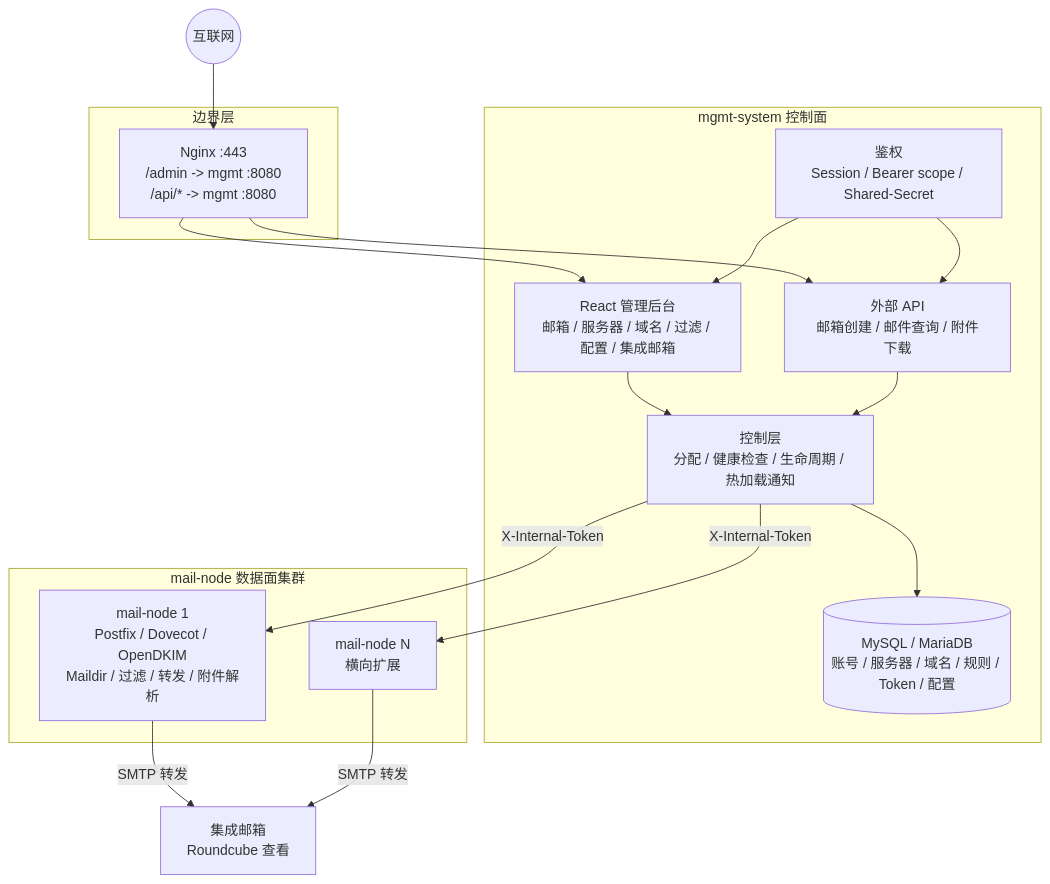
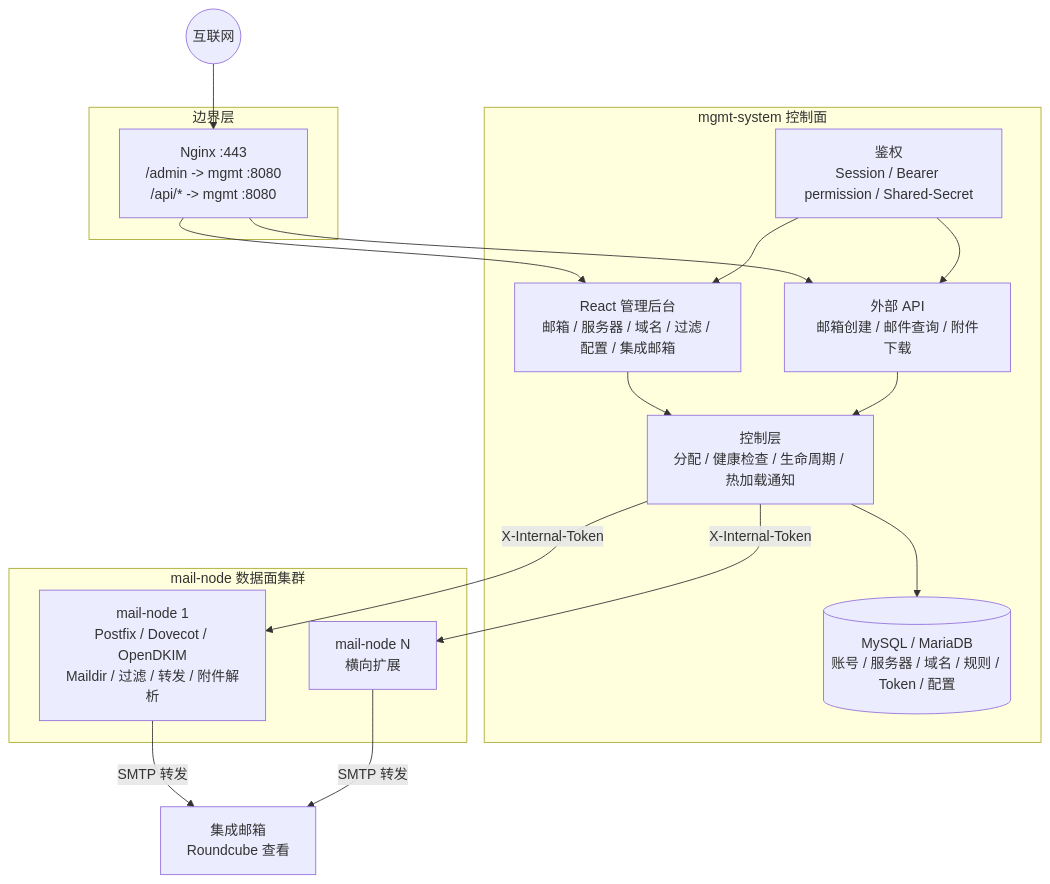
One commit to snowflake-yezi/MailHub changed the diagram in README.md. Above: the diagram before and after it, drawn with Mermaid. The commit also changed other lines of this file and 30 other files, not shown here.

````diff
--- a/README.md
+++ b/README.md
@@ -33,36 +33,36 @@
 ```mermaid
 flowchart TB
     internet((互联网))
 
     subgraph edge["边界层"]
         nginx["Nginx :443<br/>/admin -> mgmt :8080<br/>/api/* -> mgmt :8080"]
     end
 
     subgraph mgmt["mgmt-system 控制面"]
         web["React 管理后台<br/>邮箱 / 服务器 / 域名 / 过滤 / 配置 / 集成邮箱"]
         api["外部 API<br/>邮箱创建 / 邮件查询 / 附件下载"]
         control["控制层<br/>分配 / 健康检查 / 生命周期 / 热加载通知"]
-        auth["鉴权<br/>Session / Bearer scope / Shared-Secret"]
+        auth["鉴权<br/>Session / Bearer permission / Shared-Secret"]
         db[("MySQL / MariaDB<br/>账号 / 服务器 / 域名 / 规则 / Token / 配置")]
     end
 
     subgraph nodes["mail-node 数据面集群"]
         node1["mail-node 1<br/>Postfix / Dovecot / OpenDKIM<br/>Maildir / 过滤 / 转发 / 附件解析"]
         nodeN["mail-node N<br/>横向扩展"]
     end
 
     union["集成邮箱<br/>Roundcube 查看"]
 
     internet --> nginx
     nginx --> web
     nginx --> api
     web --> control
     api --> control
     auth --> web
     auth --> api
     control --> db
     control -->|"X-Internal-Token"| node1
     control -->|"X-Internal-Token"| nodeN
     node1 -->|"SMTP 转发"| union
     nodeN -->|"SMTP 转发"| union
 ```
````
